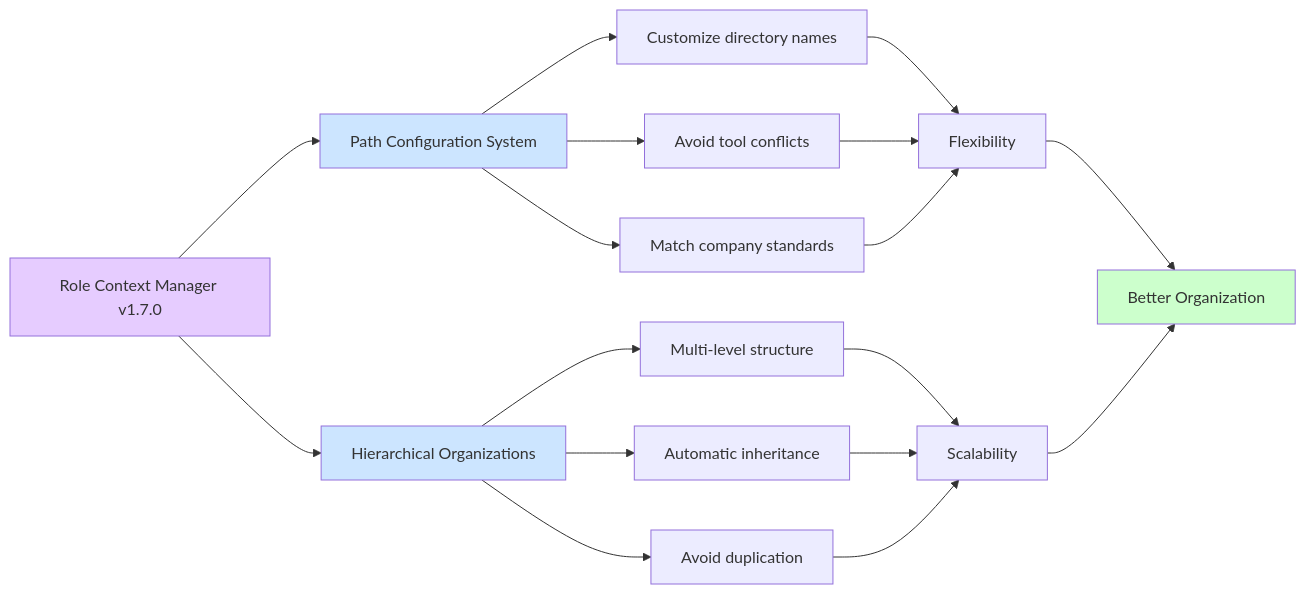
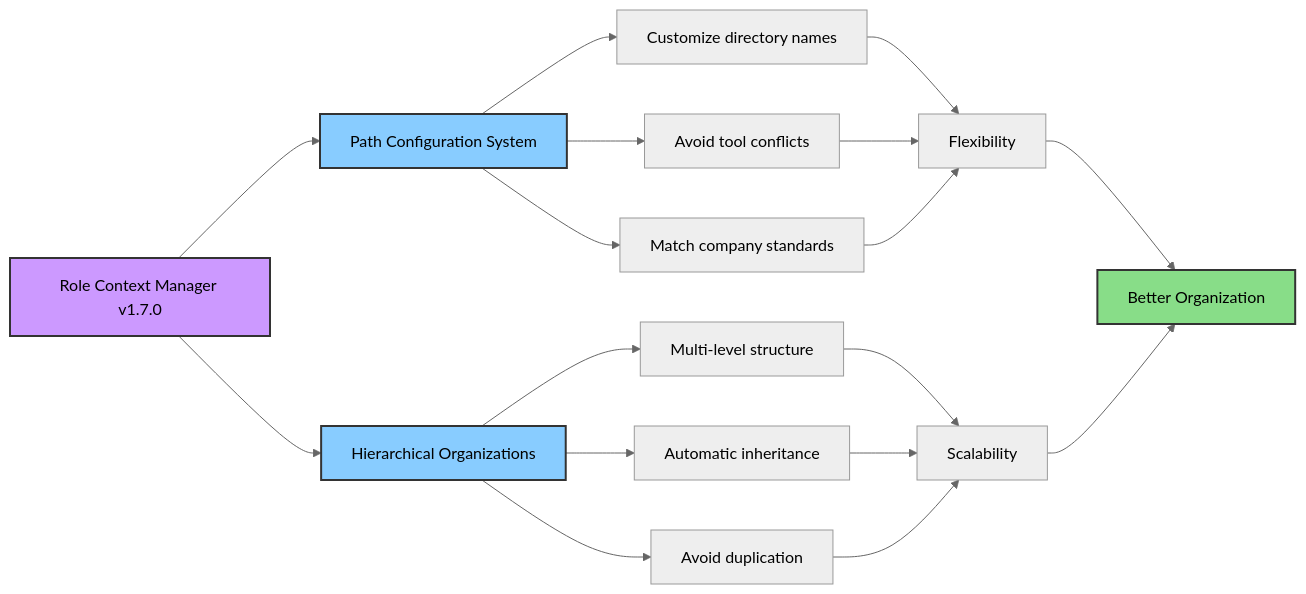
Before and after one commit to WAdamBrooksFS/role-context-manager-marketplace: the second of 10 diagrams in PLUGIN-VISUAL-GUIDE.md, drawn with Mermaid. The commit also changed other lines of this file, not shown here.

First line of the commit message:
fix: Improve Mermaid diagram visibility in dark theme

````diff
--- a/PLUGIN-VISUAL-GUIDE.md
+++ b/PLUGIN-VISUAL-GUIDE.md
@@ -56,29 +57,30 @@
 ```mermaid
+%%{init: {'theme':'neutral'}}%%
 graph LR
     A[Role Context Manager v1.7.0] --> B[Path Configuration System]
     A --> C[Hierarchical Organizations]
 
     B --> D[Customize directory names]
     B --> E[Avoid tool conflicts]
     B --> F[Match company standards]
 
     C --> G[Multi-level structure]
     C --> H[Automatic inheritance]
     C --> I[Avoid duplication]
 
     D --> J[Flexibility]
     E --> J
     F --> J
 
     G --> K[Scalability]
     H --> K
     I --> K
 
     J --> L[Better Organization]
     K --> L
 
-    style A fill:#e6ccff
-    style B fill:#cce5ff
-    style C fill:#cce5ff
-    style L fill:#ccffcc
+    style A fill:#c9f,stroke:#333,stroke-width:2px,color:#000
+    style B fill:#8cf,stroke:#333,stroke-width:2px,color:#000
+    style C fill:#8cf,stroke:#333,stroke-width:2px,color:#000
+    style L fill:#8d8,stroke:#333,stroke-width:2px,color:#000
 ```
````
